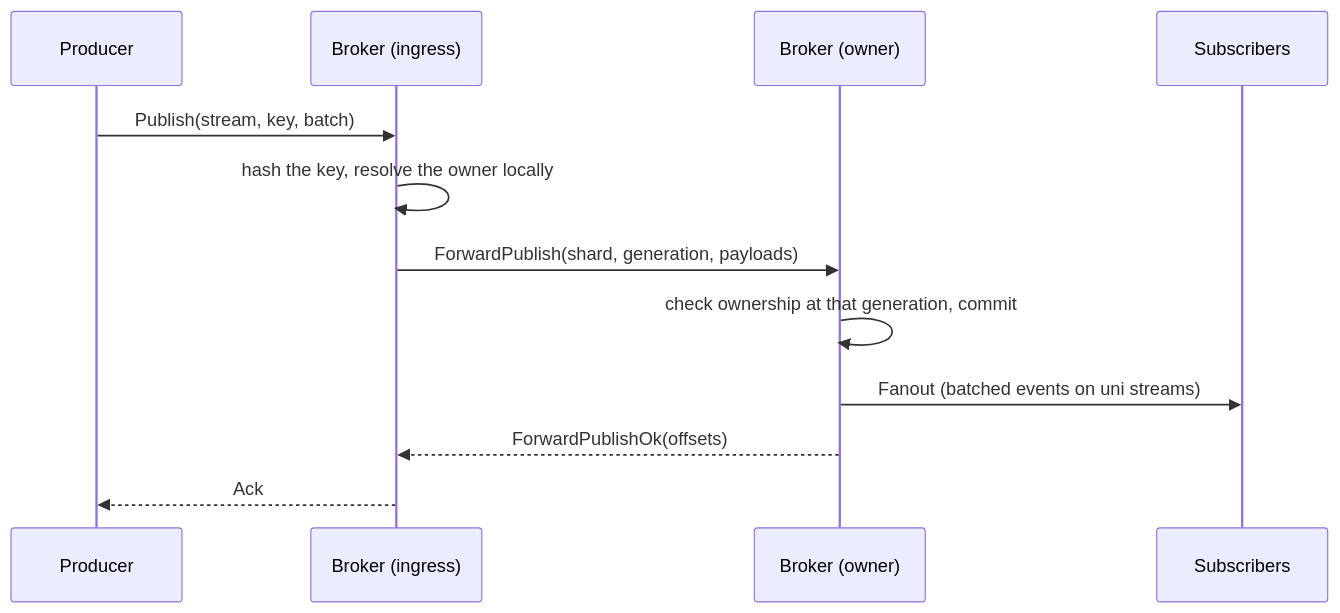
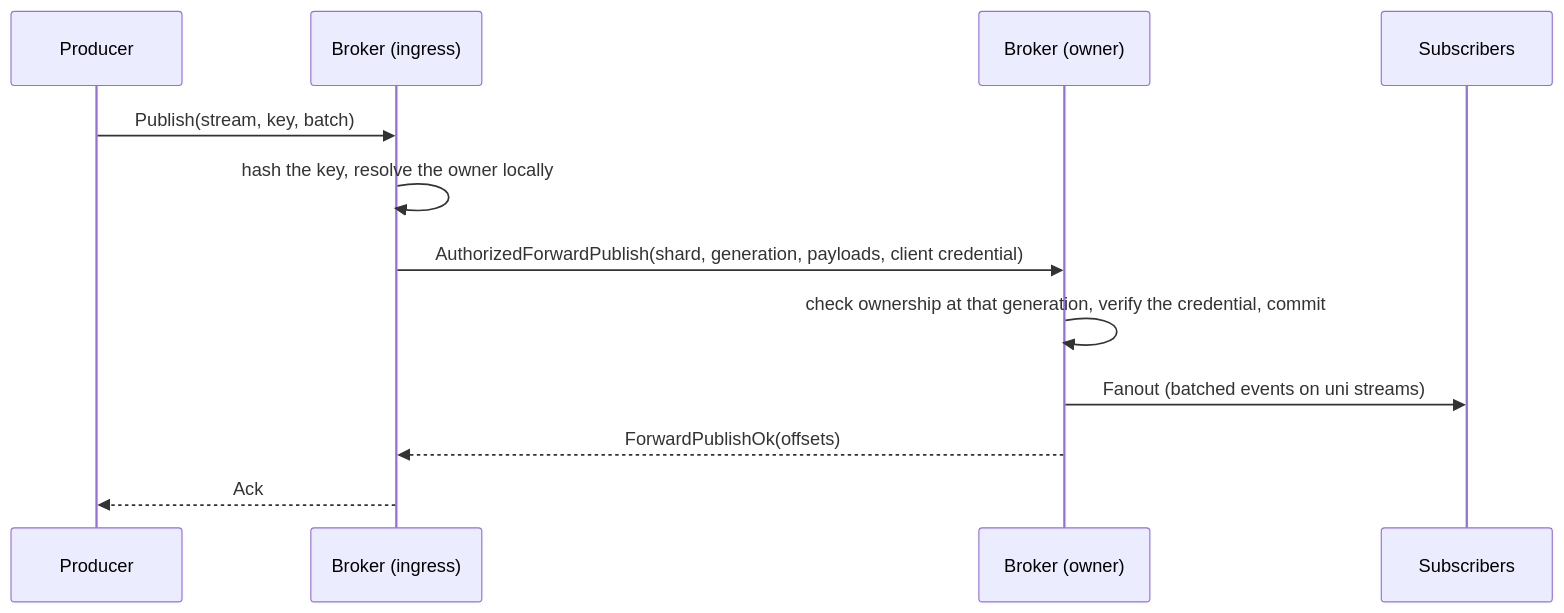
One commit to gabloe/felix changed the diagram in docs/architecture.md. Above: the diagram before and after it, drawn with Mermaid. The commit also changed 26 other files, not shown here.

First line of the commit message:
fix(peer): verify the client's credential at the owner of a forwarded write

````diff
--- a/docs/architecture.md
+++ b/docs/architecture.md
@@ -260,15 +260,15 @@
 ```mermaid
 sequenceDiagram
   participant Client as Producer
   participant B0 as Broker (ingress)
   participant Bp as Broker (owner)
   participant S as Subscribers
 
   Client->>B0: Publish(stream, key, batch)
   B0->>B0: hash the key, resolve the owner locally
-  B0->>Bp: ForwardPublish(shard, generation, payloads)
-  Bp->>Bp: check ownership at that generation, commit
+  B0->>Bp: AuthorizedForwardPublish(shard, generation, payloads, client credential)
+  Bp->>Bp: check ownership at that generation, verify the credential, commit
   Bp->>S: Fanout (batched events on uni streams)
   Bp-->>B0: ForwardPublishOk(offsets)
   B0-->>Client: Ack
 ```
````
